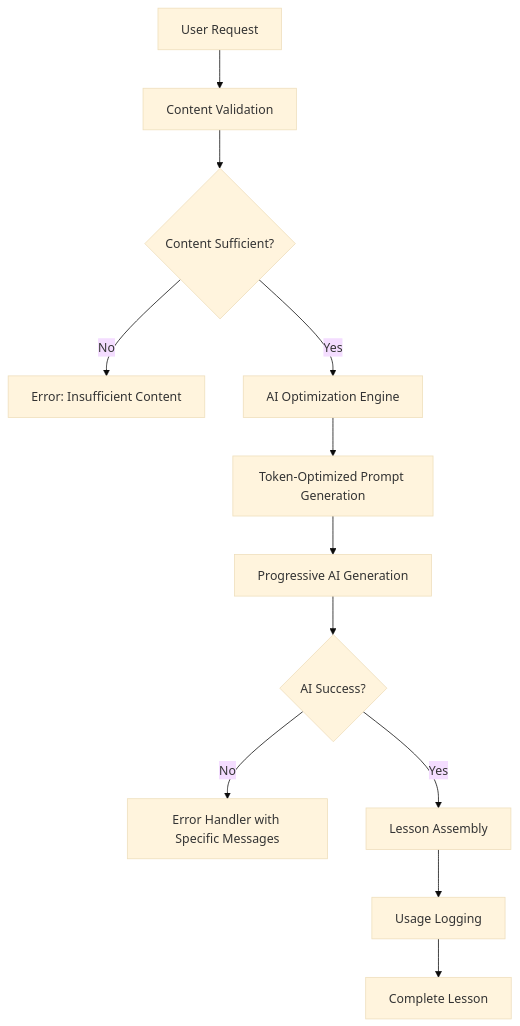
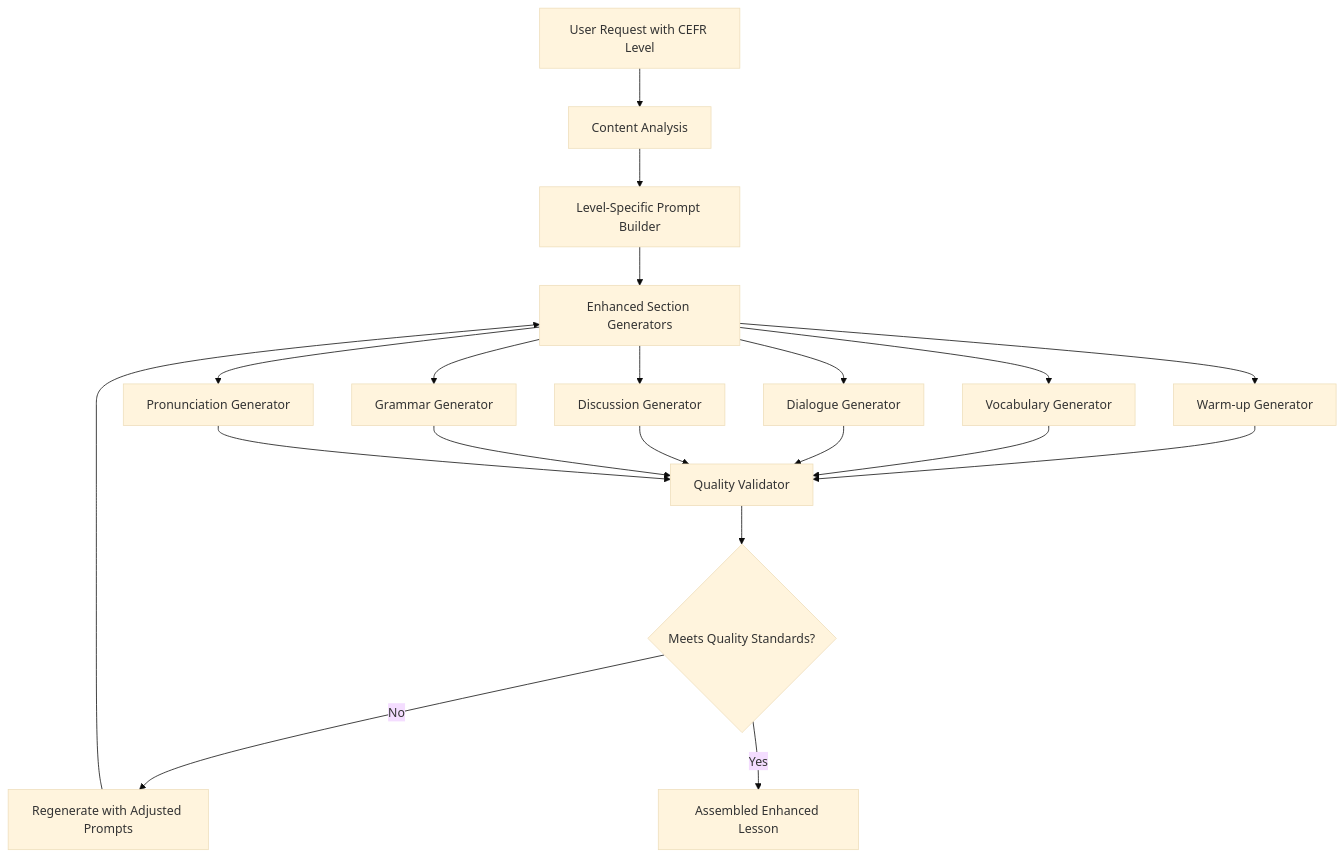
Before and after one commit to etiennegwiavander/linguaspark: the diagram in .kiro/specs/ai-only-lesson-generation/design.md, drawn with Mermaid (base theme). The commit also changed other lines of this file and 238 other files, not shown here.

````diff
--- a/.kiro/specs/ai-only-lesson-generation/design.md
+++ b/.kiro/specs/ai-only-lesson-generation/design.md
@@ -11,14 +11,22 @@
 ```mermaid
 graph TD
-    A[User Request] --> B[Content Validation]
-    B --> C{Content Sufficient?}
-    C -->|No| D[Error: Insufficient Content]
-    C -->|Yes| E[AI Optimization Engine]
-    E --> F[Token-Optimized Prompt Generation]
-    F --> G[Progressive AI Generation]
-    G --> H{AI Success?}
-    H -->|No| I[Error Handler with Specific Messages]
-    H -->|Yes| J[Lesson Assembly]
-    J --> K[Usage Logging]
-    K --> L[Complete Lesson]
+    A[User Request with CEFR Level] --> B[Content Analysis]
+    B --> C[Level-Specific Prompt Builder]
+    C --> D[Enhanced Section Generators]
+    D --> E[Warm-up Generator]
+    D --> F[Vocabulary Generator]
+    D --> G[Dialogue Generator]
+    D --> H[Discussion Generator]
+    D --> I[Grammar Generator]
+    D --> J[Pronunciation Generator]
+    E --> K[Quality Validator]
+    F --> K
+    G --> K
+    H --> K
+    I --> K
+    J --> K
+    K --> L{Meets Quality Standards?}
+    L -->|No| M[Regenerate with Adjusted Prompts]
+    L -->|Yes| N[Assembled Enhanced Lesson]
+    M --> D
 ```
````
